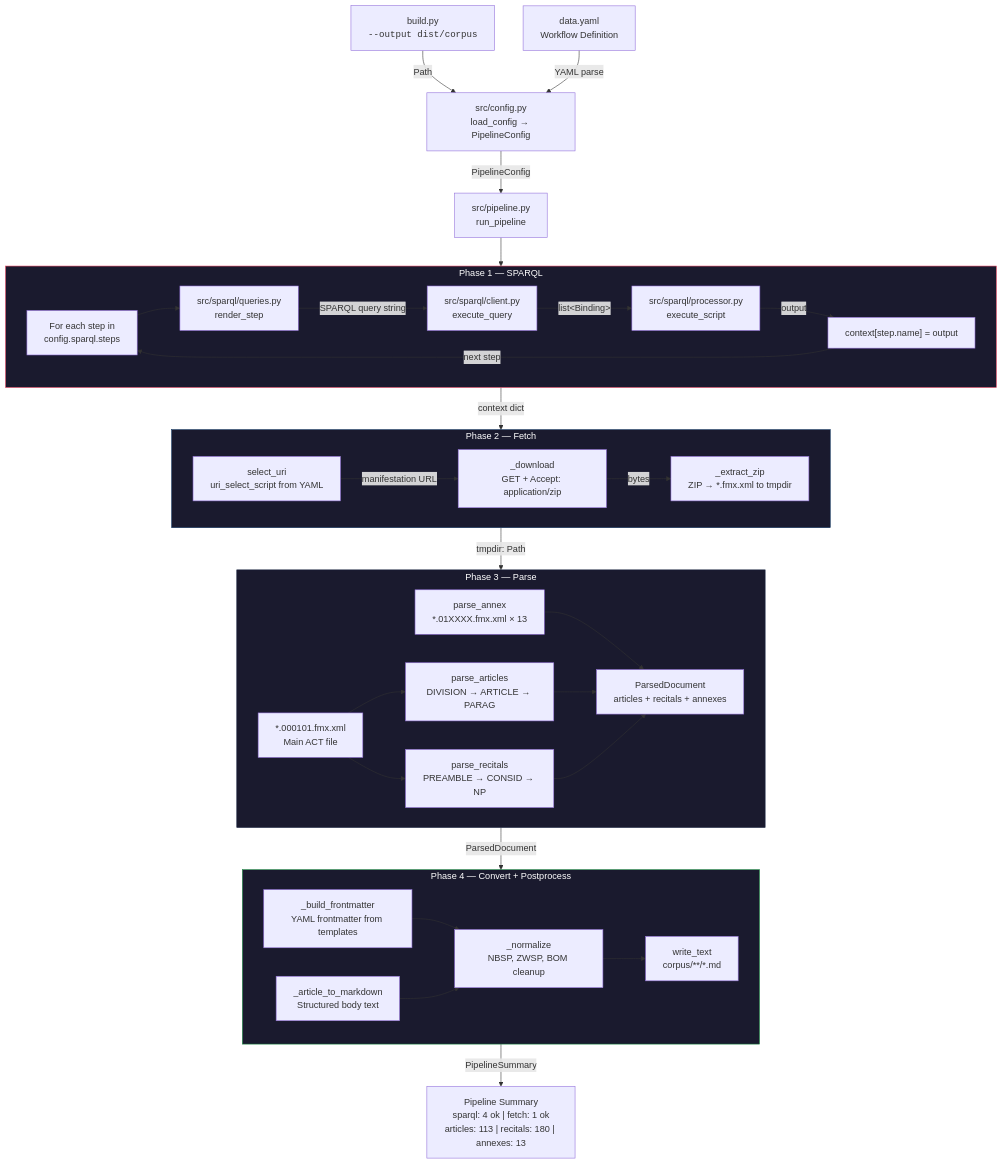
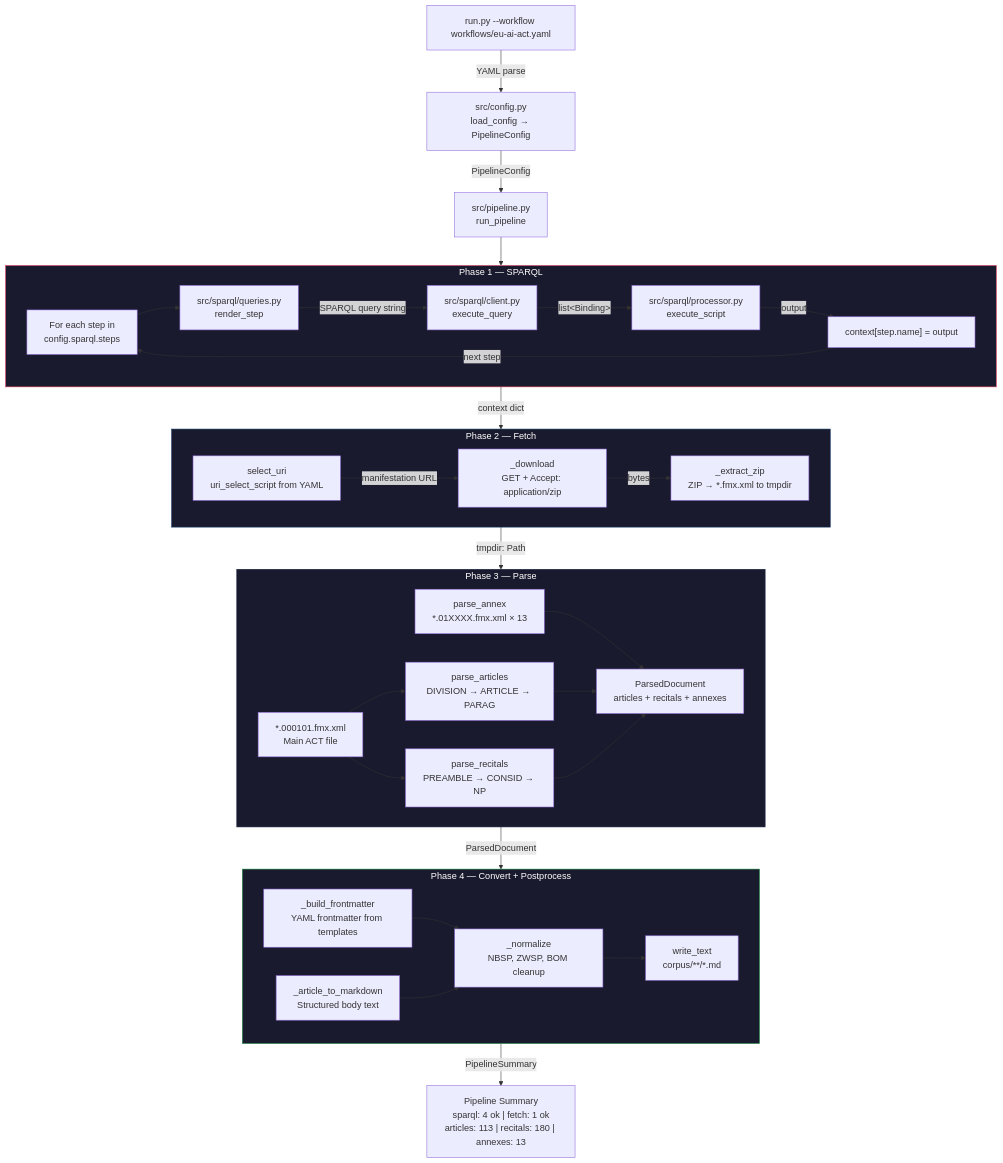
One commit to ARAS-Workspace/eu-ai-act-rag changed the diagram in README.md. Above: the diagram before and after it, drawn with Mermaid. The commit also changed other lines of this file and 11 other files, not shown here.

````diff
--- a/README.md
+++ b/README.md
@@ -5,71 +5,69 @@
 ```mermaid
 flowchart TD
-    CLI["build.py<br/><code>--output dist/corpus</code>"]
-    YAML["data.yaml<br/>Workflow Definition"]
+    CLI["run.py --workflow workflows/eu-ai-act.yaml"]
     CONFIG["src/config.py<br/>load_config → PipelineConfig"]
     PIPELINE["src/pipeline.py<br/>run_pipeline"]
 
-    CLI -->|"Path"| CONFIG
-    YAML -->|"YAML parse"| CONFIG
+    CLI -->|"YAML parse"| CONFIG
     CONFIG -->|"PipelineConfig"| PIPELINE
 
     subgraph PHASE_1 ["Phase 1 — SPARQL"]
         S_LOOP["For each step in<br/>config.sparql.steps"]
         S_RENDER["src/sparql/queries.py<br/>render_step"]
         S_QUERY["src/sparql/client.py<br/>execute_query"]
         S_SCRIPT["src/sparql/processor.py<br/>execute_script"]
         S_CTX["context[step.name] = output"]
 
         S_LOOP --> S_RENDER
         S_RENDER -->|"SPARQL query string"| S_QUERY
         S_QUERY -->|"list&lt;Binding&gt;"| S_SCRIPT
         S_SCRIPT -->|"output"| S_CTX
         S_CTX -->|"next step"| S_LOOP
     end
 
     subgraph PHASE_2 ["Phase 2 — Fetch"]
         F_URI["select_uri<br/>uri_select_script from YAML"]
         F_DL["_download<br/>GET + Accept: application/zip"]
         F_ZIP["_extract_zip<br/>ZIP → *.fmx.xml to tmpdir"]
 
         F_URI -->|"manifestation URL"| F_DL
         F_DL -->|"bytes"| F_ZIP
     end
 
     subgraph PHASE_3 ["Phase 3 — Parse"]
         P_ACT["*.000101.fmx.xml<br/>Main ACT file"]
         P_ART["parse_articles<br/>DIVISION → ARTICLE → PARAG"]
         P_REC["parse_recitals<br/>PREAMBLE → CONSID → NP"]
         P_ANX["parse_annex<br/>*.01XXXX.fmx.xml × 13"]
         P_DOC["ParsedDocument<br/>articles + recitals + annexes"]
 
         P_ACT --> P_ART
         P_ACT --> P_REC
         P_ANX --> P_DOC
         P_ART --> P_DOC
         P_REC --> P_DOC
     end
 
     subgraph PHASE_4 ["Phase 4 — Convert + Postprocess"]
         C_FM["_build_frontmatter<br/>YAML frontmatter from templates"]
         C_BODY["_article_to_markdown<br/>Structured body text"]
         C_NORM["_normalize<br/>NBSP, ZWSP, BOM cleanup"]
         C_WRITE["write_text<br/>corpus/**/*.md"]
 
         C_FM --> C_NORM
         C_BODY --> C_NORM
         C_NORM --> C_WRITE
     end
 
     PIPELINE --> PHASE_1
     PHASE_1 -->|"context dict"| PHASE_2
     PHASE_2 -->|"tmpdir: Path"| PHASE_3
     PHASE_3 -->|"ParsedDocument"| PHASE_4
 
     PHASE_4 -->|"PipelineSummary"| SUMMARY["Pipeline Summary<br/>sparql: 4 ok | fetch: 1 ok<br/>articles: 113 | recitals: 180 | annexes: 13"]
 
     style PHASE_1 fill:#1a1a2e,stroke:#e94560,color:#fff
     style PHASE_2 fill:#1a1a2e,stroke:#0f3460,color:#fff
     style PHASE_3 fill:#1a1a2e,stroke:#16213e,color:#fff
     style PHASE_4 fill:#1a1a2e,stroke:#1a8a42,color:#fff
 ```
````
